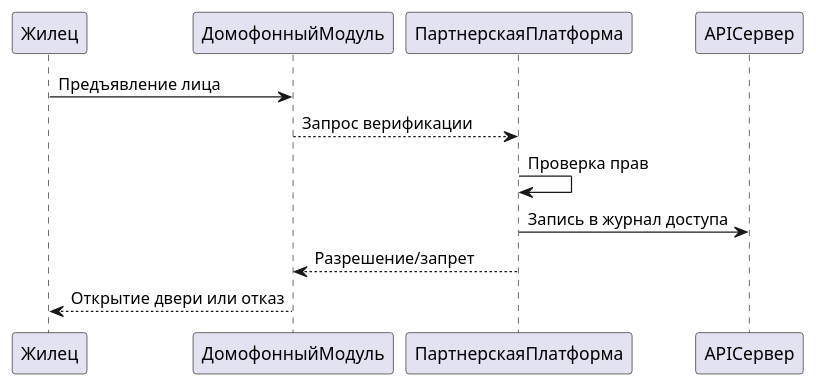
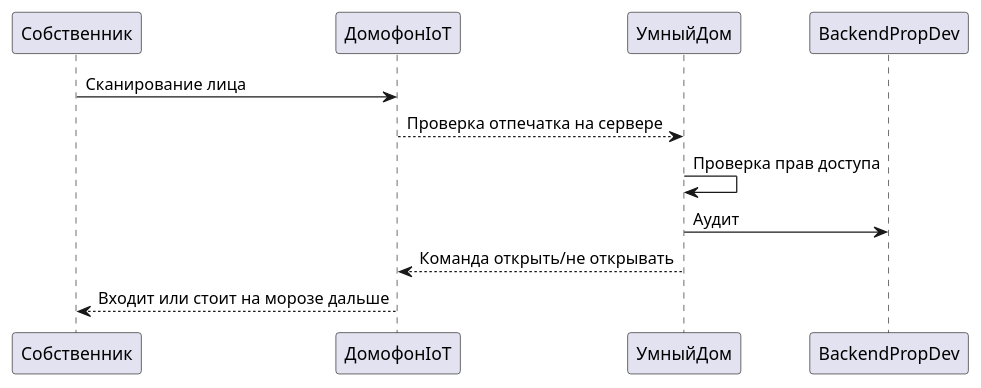
One commit to edzh1/architecture-propdevelopment changed the third of 3 diagrams in task3/readme.md. Above: the diagram before and after it, drawn with PlantUML. The commit also changed other lines of this file and 3 other files, not shown here.

````diff
--- a/task3/readme.md
+++ b/task3/readme.md
@@ -35,10 +42,11 @@
-```plantuml
+```puml
 @startuml
-Жилец -> ДомофонныйМодуль: Предъявление лица
-ДомофонныйМодуль --> ПартнерскаяПлатформа: Запрос верификации
-ПартнерскаяПлатформа -> ПартнерскаяПлатформа: Проверка прав
-ПартнерскаяПлатформа -> APIСервер: Запись в журнал доступа
-ДомофонныйМодуль <-- ПартнерскаяПлатформа: Разрешение/запрет
-ДомофонныйМодуль --> Жилец: Открытие двери или отказ
+Собственник -> ДомофонIoT: Сканирование лица
+ДомофонIoT --> УмныйДом: Проверка отпечатка на сервере
+УмныйДом -> УмныйДом: Проверка прав доступа
+УмныйДом -> BackendPropDev: Аудит
+ДомофонIoT <-- УмныйДом: Команда открыть/не открывать
+ДомофонIoT --> Собственник: Входит или стоит на морозе дальше
 @enduml
+
 ```
````
